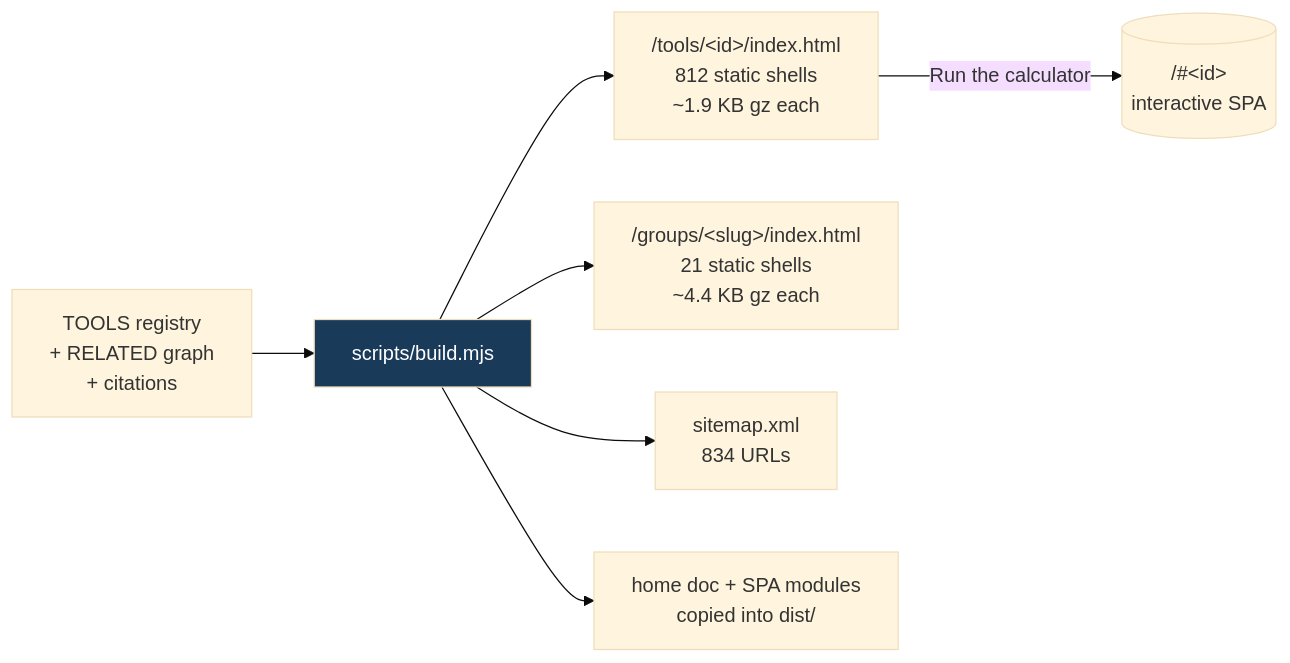
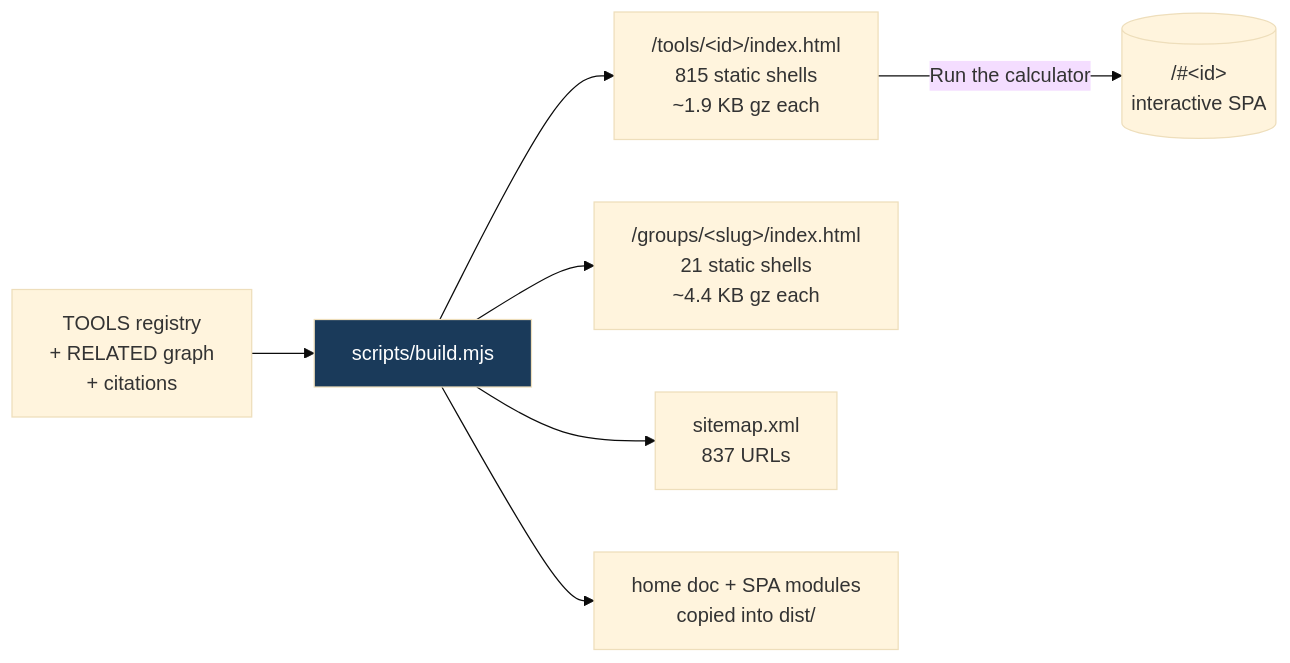
Before and after one commit to clay-good/roughlogic.com: the fifth of 8 diagrams in README.md, drawn with Mermaid (base theme). The commit also changed other lines of this file and 19 other files, not shown here.

````diff
--- a/README.md
+++ b/README.md
@@ -495,10 +495,10 @@
 ```mermaid
 flowchart LR
     SRC[TOOLS registry\n+ RELATED graph\n+ citations] --> BUILD[scripts/build.mjs]
-    BUILD --> TILE["/tools/&lt;id&gt;/index.html\n812 static shells\n~1.9 KB gz each"]
+    BUILD --> TILE["/tools/&lt;id&gt;/index.html\n815 static shells\n~1.9 KB gz each"]
     BUILD --> GROUP["/groups/&lt;slug&gt;/index.html\n21 static shells\n~4.4 KB gz each"]
-    BUILD --> MAP["sitemap.xml\n834 URLs"]
+    BUILD --> MAP["sitemap.xml\n837 URLs"]
     BUILD --> COPY[home doc + SPA modules\ncopied into dist/]
     TILE -->|Run the calculator| SPA[("/#&lt;id&gt;\ninteractive SPA")]
     style BUILD fill:#1a3a5a,color:#fff
 ```
````
